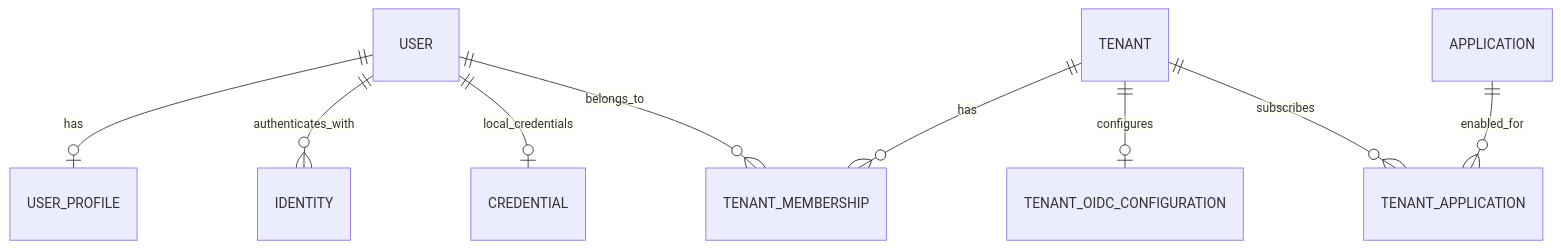
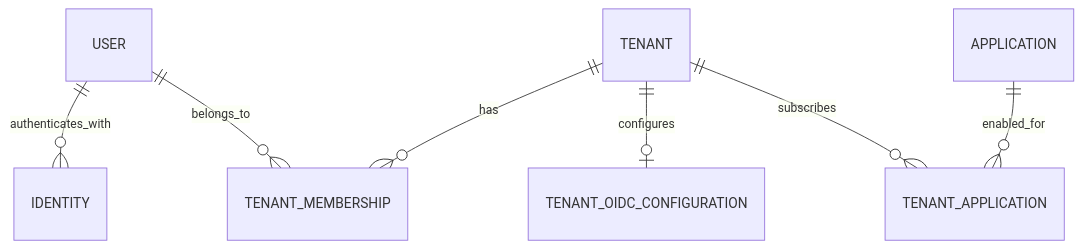
One commit to hyoungsookim/passport changed the second of 2 diagrams in docs/REQUIREMENTS.md. Above: the diagram before and after it, drawn with Mermaid. The commit also changed other lines of this file and 3 other files, not shown here.

First line of the commit message:
Refine user profile requirements and account deletion policies in REQUIREMENTS.md

````diff
--- a/docs/REQUIREMENTS.md
+++ b/docs/REQUIREMENTS.md
@@ -359,11 +357,9 @@
 ```mermaid
 erDiagram
-    USER ||--o| USER_PROFILE : has
     USER ||--o{ IDENTITY : authenticates_with
-    USER ||--o| CREDENTIAL : local_credentials
     USER ||--o{ TENANT_MEMBERSHIP : belongs_to
     TENANT ||--o{ TENANT_MEMBERSHIP : has
     TENANT ||--o| TENANT_OIDC_CONFIGURATION : configures
     TENANT ||--o{ TENANT_APPLICATION : subscribes
     APPLICATION ||--o{ TENANT_APPLICATION : enabled_for
 ```
````
